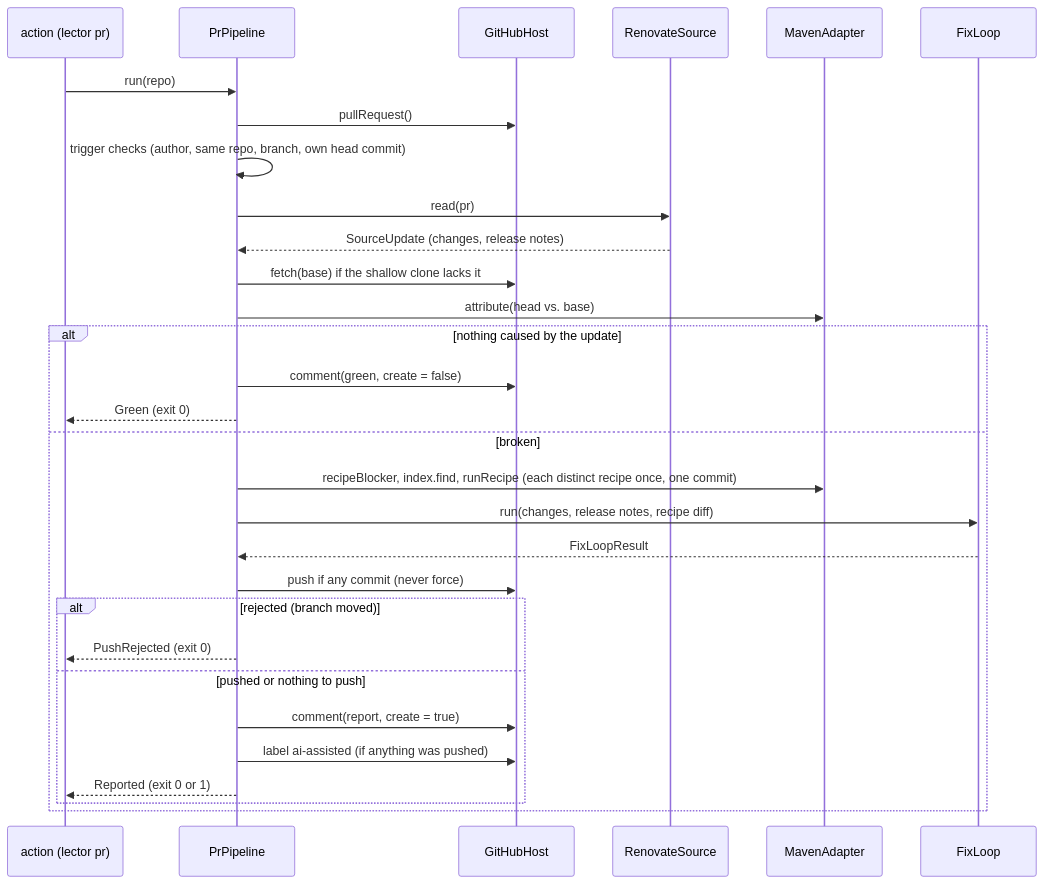
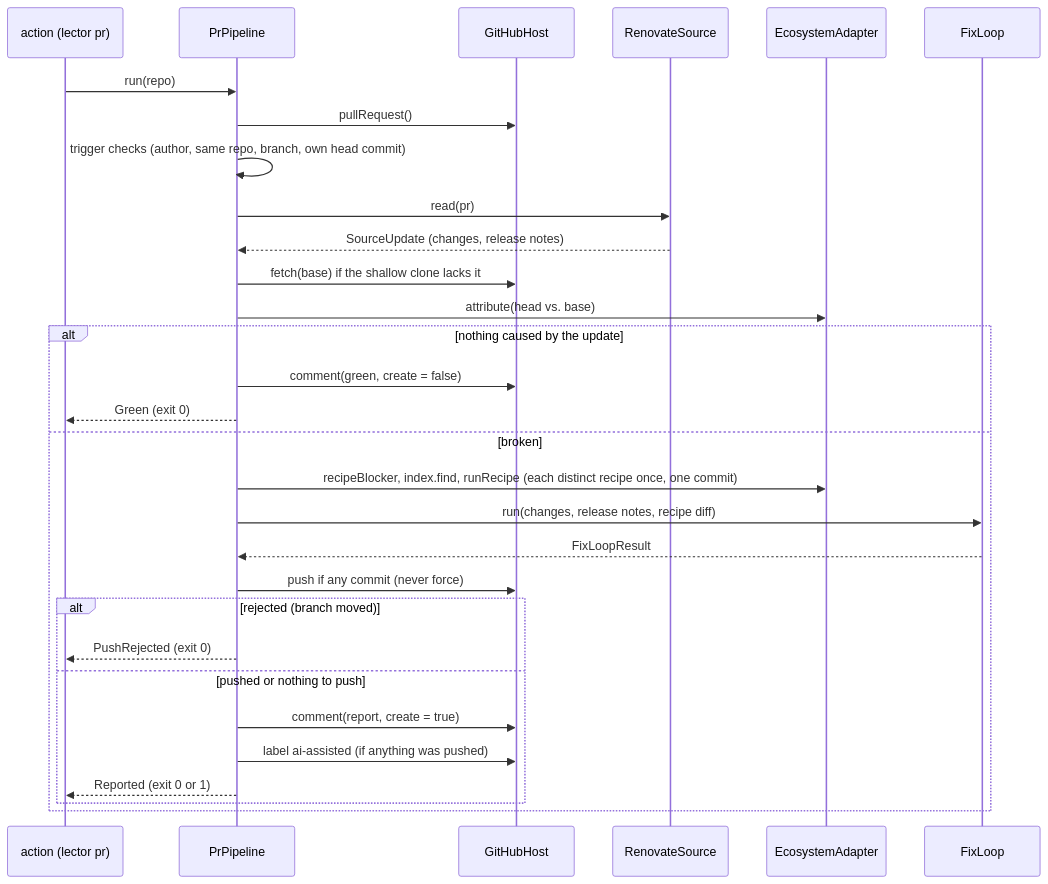
One commit to danvan86/lector-ai changed the second of 2 diagrams in docs/architecture/pr-pipeline.md. Above: the diagram before and after it, drawn with Mermaid. The commit also changed other lines of this file and 7 other files, not shown here.

Commit message:
docs: document the Gradle adapter, and bring the architecture docs up to M7

````diff
--- a/docs/architecture/pr-pipeline.md
+++ b/docs/architecture/pr-pipeline.md
@@ -59,32 +59,32 @@
 ```mermaid
 sequenceDiagram
     participant A as action (lector pr)
     participant P as PrPipeline
     participant H as GitHubHost
     participant S as RenovateSource
-    participant E as MavenAdapter
+    participant E as EcosystemAdapter
     participant F as FixLoop
     A->>P: run(repo)
     P->>H: pullRequest()
     P->>P: trigger checks (author, same repo, branch, own head commit)
     P->>S: read(pr)
     S-->>P: SourceUpdate (changes, release notes)
     P->>H: fetch(base) if the shallow clone lacks it
     P->>E: attribute(head vs. base)
     alt nothing caused by the update
         P->>H: comment(green, create = false)
         P-->>A: Green (exit 0)
     else broken
         P->>E: recipeBlocker, index.find, runRecipe (each distinct recipe once, one commit)
         P->>F: run(changes, release notes, recipe diff)
         F-->>P: FixLoopResult
         P->>H: push if any commit (never force)
         alt rejected (branch moved)
             P-->>A: PushRejected (exit 0)
         else pushed or nothing to push
             P->>H: comment(report, create = true)
             P->>H: label ai-assisted (if anything was pushed)
             P-->>A: Reported (exit 0 or 1)
         end
     end
 ```
````
